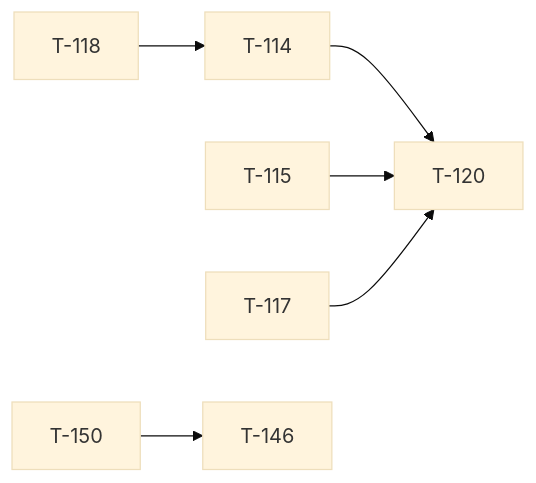
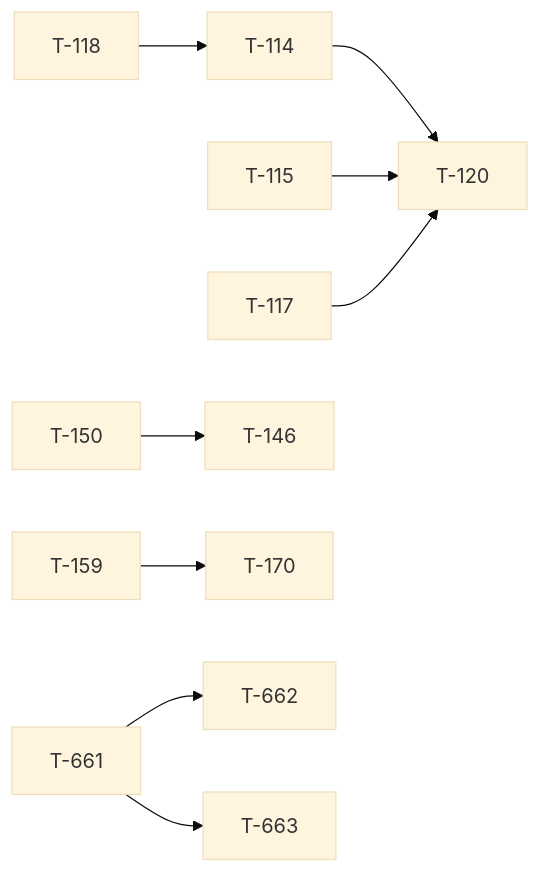
Before and after one commit to darkforce09/TBD-reforger: the diagram in docs/TICKET_LEAD.md, drawn with Mermaid (base theme). The commit also changed other lines of this file and 9 other files, not shown here.

````diff
--- a/docs/TICKET_LEAD.md
+++ b/docs/TICKET_LEAD.md
@@ -24,8 +29,11 @@
 ```mermaid
 flowchart LR
   T118[T-118] --> T114[T-114]
   T114[T-114] --> T120[T-120]
   T115[T-115] --> T120[T-120]
   T117[T-117] --> T120[T-120]
   T150[T-150] --> T146[T-146]
+  T159[T-159] --> T170[T-170]
+  T661[T-661] --> T662[T-662]
+  T661[T-661] --> T663[T-663]
 ```
````
